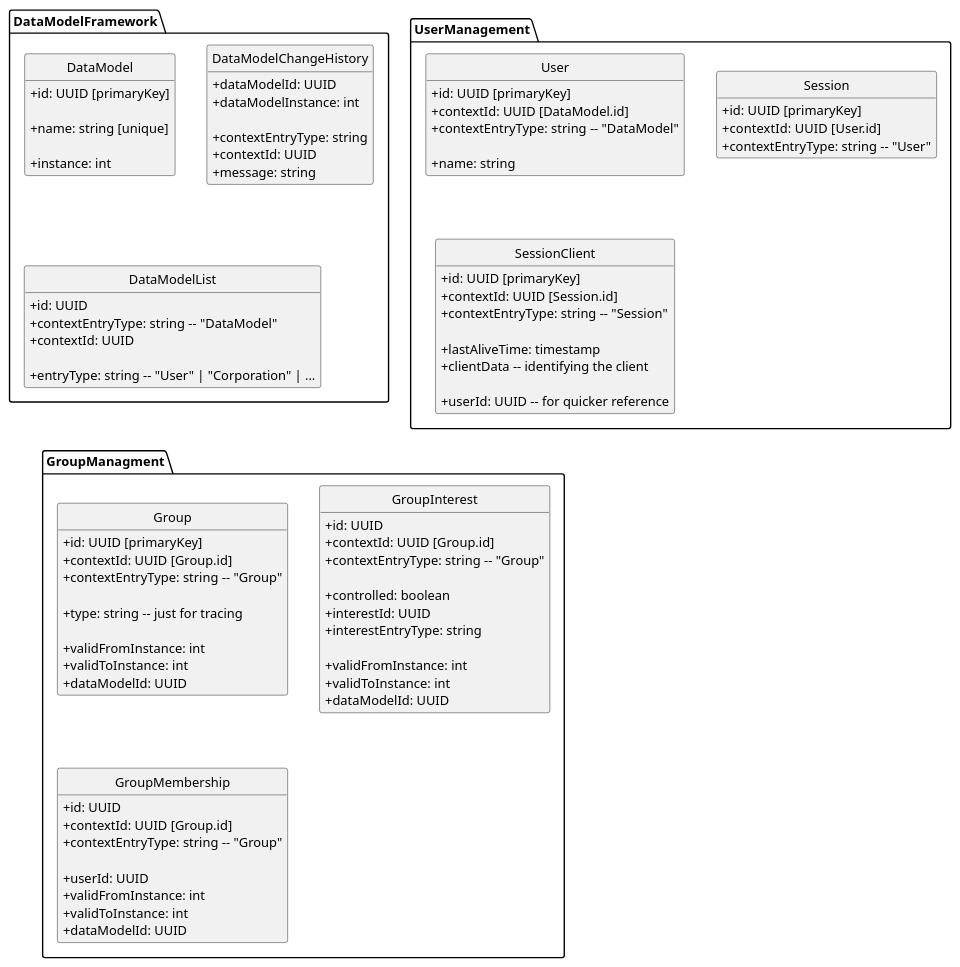
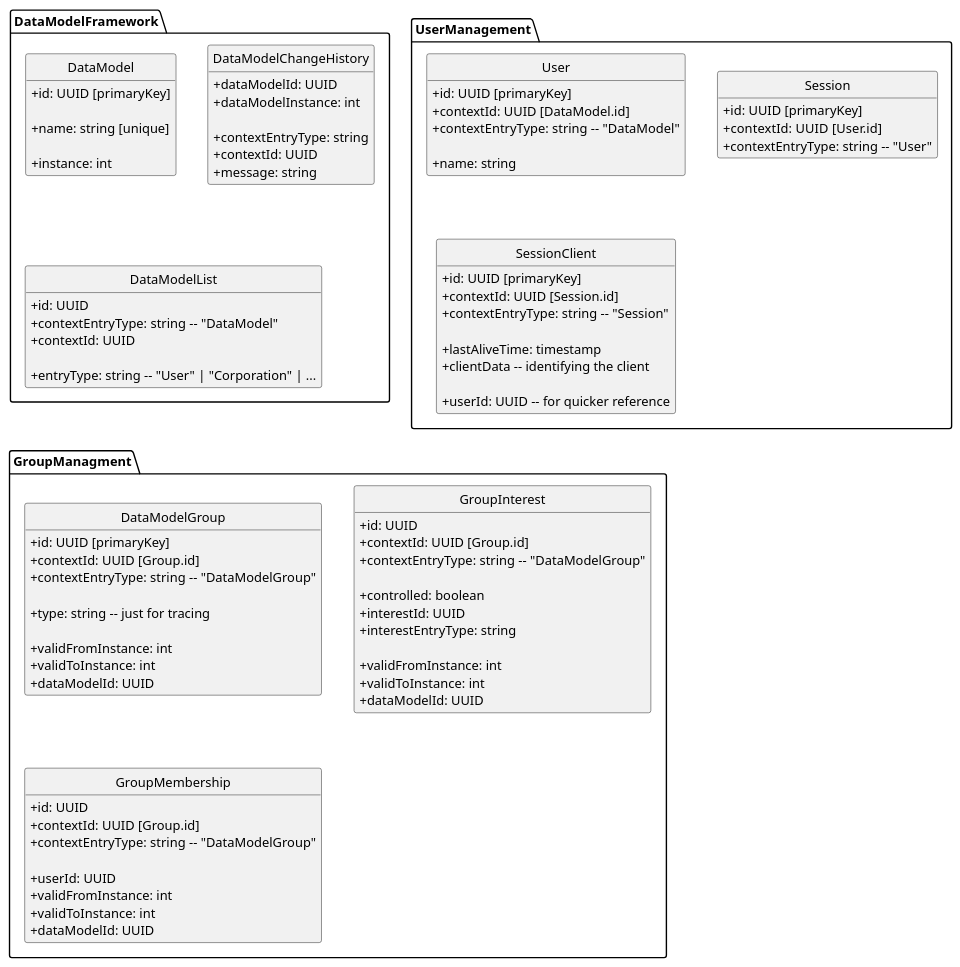
Before and after one commit to dertseha/eve-upro: the diagram in eve-upro/uml/DataBase_Basic.plantuml, drawn with PlantUML. The commit also changed 31 other files, not shown here.

Commit message:
#14 Added first integration test: simple group control via database - Added self contained integration test, creating and clearing model tables - found and fixed various minor typos and untested codes

```diff
--- a/eve-upro/uml/DataBase_Basic.plantuml
+++ b/eve-upro/uml/DataBase_Basic.plantuml
@@ -1,107 +1,107 @@
 @startuml
 skinparam classAttributeIconSize 0
 hide empty members
 hide circle
 
 package DataModelFramework {
 
 class DataModel {
    + id: UUID [primaryKey]
 
    + name: string [unique]
 
    + instance: int
 }
 
 class DataModelChangeHistory {
    + dataModelId: UUID
    + dataModelInstance: int
 
    + contextEntryType: string   
    + contextId: UUID
    + message: string
 }
 
 class DataModelList {
    + id: UUID
    + contextEntryType: string -- "DataModel"   
    + contextId: UUID
    
    + entryType: string -- "User" | "Corporation" | ...
 }
 
 }
 
 package UserManagement {
 
 class User {
    + id: UUID [primaryKey]
    + contextId: UUID [DataModel.id]
    + contextEntryType: string -- "DataModel"
 
    + name: string
 }
 
 class Session {
    + id: UUID [primaryKey]
    + contextId: UUID [User.id]
    + contextEntryType: string -- "User"
 }
 
 class SessionClient {
    + id: UUID [primaryKey]
    + contextId: UUID [Session.id]
    + contextEntryType: string -- "Session"
 
    + lastAliveTime: timestamp
    + clientData -- identifying the client
    
    + userId: UUID -- for quicker reference
 }
 
 }
 
 package GroupManagment {
 
-class Group {
+class DataModelGroup {
    + id: UUID [primaryKey]
    + contextId: UUID [Group.id]
-   + contextEntryType: string -- "Group"
+   + contextEntryType: string -- "DataModelGroup"
    
    + type: string -- just for tracing
    
    + validFromInstance: int
    + validToInstance: int
    + dataModelId: UUID
 }
 
 class GroupInterest {
    + id: UUID
    + contextId: UUID [Group.id]
-   + contextEntryType: string -- "Group"
+   + contextEntryType: string -- "DataModelGroup"
 
    + controlled: boolean   
    + interestId: UUID
    + interestEntryType: string
    
    + validFromInstance: int
    + validToInstance: int
    + dataModelId: UUID
 }
 
 class GroupMembership {
    + id: UUID
    + contextId: UUID [Group.id]
-   + contextEntryType: string -- "Group"
+   + contextEntryType: string -- "DataModelGroup"
    
    + userId: UUID
    + validFromInstance: int
    + validToInstance: int
    + dataModelId: UUID
 }
 
 
 }
 
 
 @enduml
```
